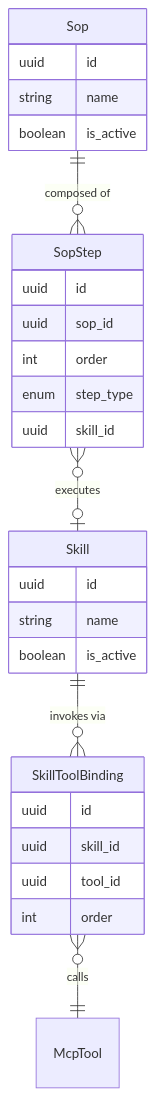
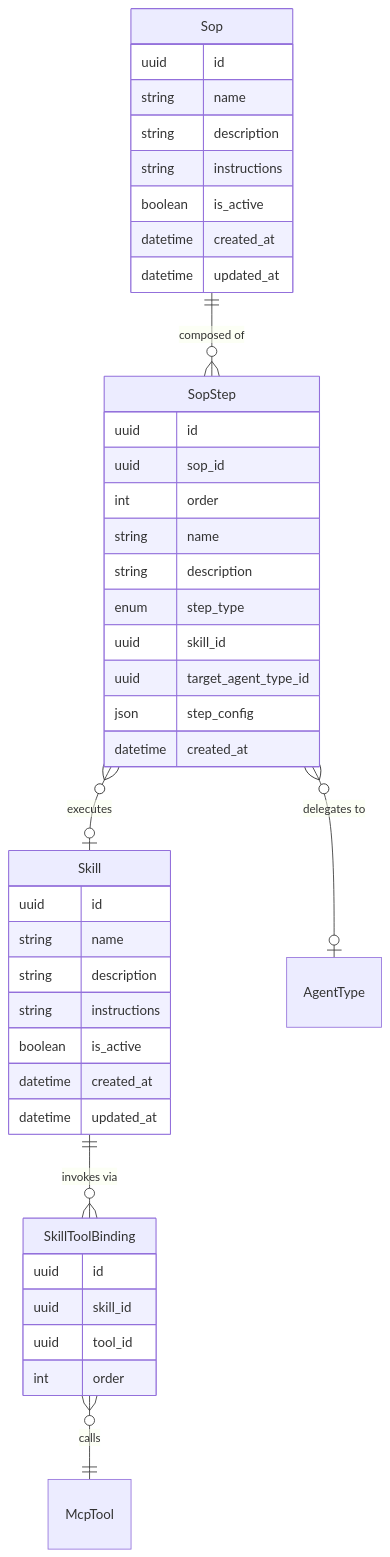
Before and after one commit to hurungang/parthenon: the diagram in docs/master/data-model/modules/skills/entities.md, drawn with Mermaid. The commit also changed other lines of this file and 169 other files, not shown here.

````diff
--- a/docs/master/data-model/modules/skills/entities.md
+++ b/docs/master/data-model/modules/skills/entities.md
@@ -3,31 +3,45 @@
 ```mermaid
 erDiagram
     Skill {
         uuid id
         string name
+        string description
+        string instructions
         boolean is_active
+        datetime created_at
+        datetime updated_at
     }
     SkillToolBinding {
         uuid id
         uuid skill_id
         uuid tool_id
         int order
     }
     Sop {
         uuid id
         string name
+        string description
+        string instructions
         boolean is_active
+        datetime created_at
+        datetime updated_at
     }
     SopStep {
         uuid id
         uuid sop_id
         int order
+        string name
+        string description
         enum step_type
         uuid skill_id
+        uuid target_agent_type_id
+        json step_config
+        datetime created_at
     }
 
     Skill ||--o{ SkillToolBinding : "invokes via"
     SkillToolBinding }o--|| McpTool : "calls"
     Sop ||--o{ SopStep : "composed of"
     SopStep }o--o| Skill : "executes"
+    SopStep }o--o| AgentType : "delegates to"
 ```
````
